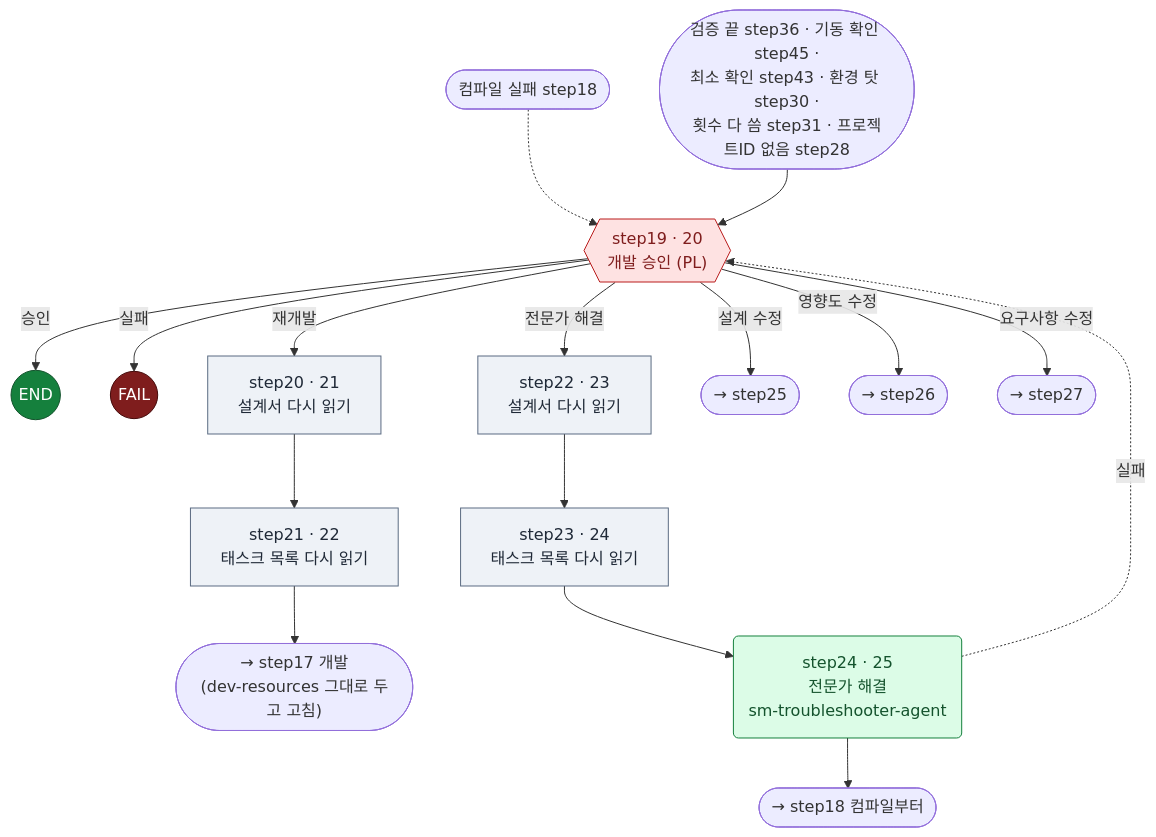
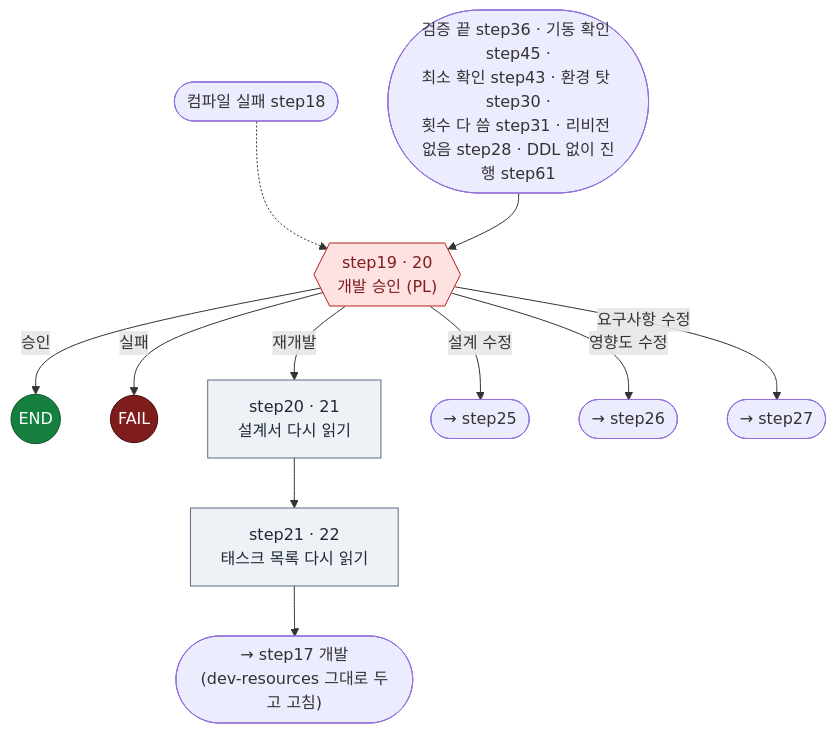
Diagram 17 of 24 in docs/09.dstone-ai-engine-sm-workflow.md (YongSoekChoeng/dstone), drawn with Mermaid before and after one commit. The commit also changed other lines of this file and 55 other files, not shown here.

````diff
--- a/docs/09.dstone-ai-engine-sm-workflow.md
+++ b/docs/09.dstone-ai-engine-sm-workflow.md
@@ -1339,25 +1368,20 @@
 ```mermaid
 flowchart TD
     IN1(["컴파일 실패 step18"]) -.-> step19
-    IN2(["검증 끝 step36 · 기동 확인 step45 ·<br/>최소 확인 step43 · 환경 탓 step30 ·<br/>횟수 다 씀 step31 · 프로젝트ID 없음 step28"]) --> step19
+    IN2(["검증 끝 step36 · 기동 확인 step45 ·<br/>최소 확인 step43 · 환경 탓 step30 ·<br/>횟수 다 씀 step31 · 리비전 없음 step28 · DDL 없이 진행 step61"]) --> step19
     step19{{"step19 · 20<br/>개발 승인 (PL)"}}:::appr
     step19 -->|승인| END((END)):::fin
     step19 -->|실패| FAIL((FAIL)):::bad
     step19 -->|재개발| step20["step20 · 21<br/>설계서 다시 읽기"]:::tool
     step20 --> step21["step21 · 22<br/>태스크 목록 다시 읽기"]:::tool
     step21 --> step17(["→ step17 개발<br/>(dev-resources 그대로 두고 고침)"])
-    step19 -->|전문가 해결| step22["step22 · 23<br/>설계서 다시 읽기"]:::tool
-    step22 --> step23["step23 · 24<br/>태스크 목록 다시 읽기"]:::tool
-    step23 --> step24("step24 · 25<br/>전문가 해결<br/>sm-troubleshooter-agent"):::agent
-    step24 --> step18(["→ step18 컴파일부터"])
-    step24 -.->|실패| step19
     step19 -->|설계 수정| S25(["→ step25"])
     step19 -->|영향도 수정| S26(["→ step26"])
     step19 -->|요구사항 수정| S27(["→ step27"])
 
     classDef tool fill:#eef2f7,stroke:#5b6b82,color:#1f2937
     classDef agent fill:#dcfce7,stroke:#15803d,color:#14532d
     classDef appr fill:#fee2e2,stroke:#b91c1c,color:#7f1d1d
     classDef fin fill:#15803d,stroke:#14532d,color:#ffffff
     classDef bad fill:#7f1d1d,stroke:#450a0a,color:#ffffff
 ```
````
